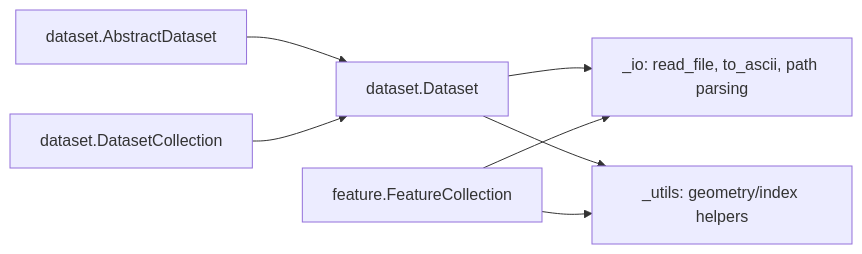
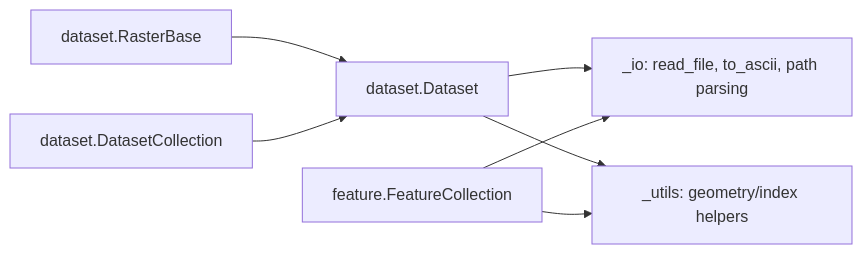
One commit to Serapieum-of-alex/pyramids changed the third of 13 diagrams in docs/architecture/diagrams.md. Above: the diagram before and after it, drawn with Mermaid. The commit also changed other lines of this file and 17 other files, not shown here.

First line of the commit message:
S3.3: Rename AbstractDataset → RasterBase

````diff
--- a/docs/architecture/diagrams.md
+++ b/docs/architecture/diagrams.md
@@ -33,16 +33,16 @@
 ```mermaid
 flowchart LR
   io[_io: read_file, to_ascii, path parsing]
   utils[_utils: geometry/index helpers]
   ds[dataset.Dataset]
-  abs[dataset.AbstractDataset]
+  abs[dataset.RasterBase]
   dc[dataset.DatasetCollection]
   fc[feature.FeatureCollection]
 
   abs --> ds
   ds --> io
   dc --> ds
   fc --> io
   ds --> utils
   fc --> utils
 ```
````
